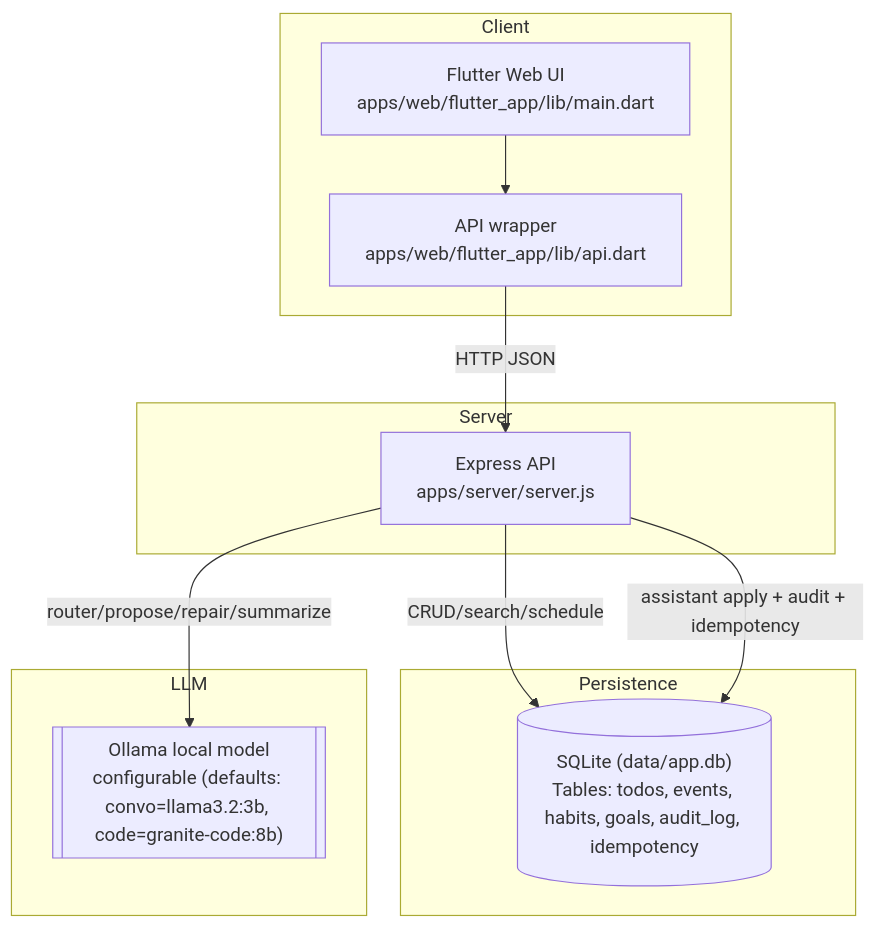
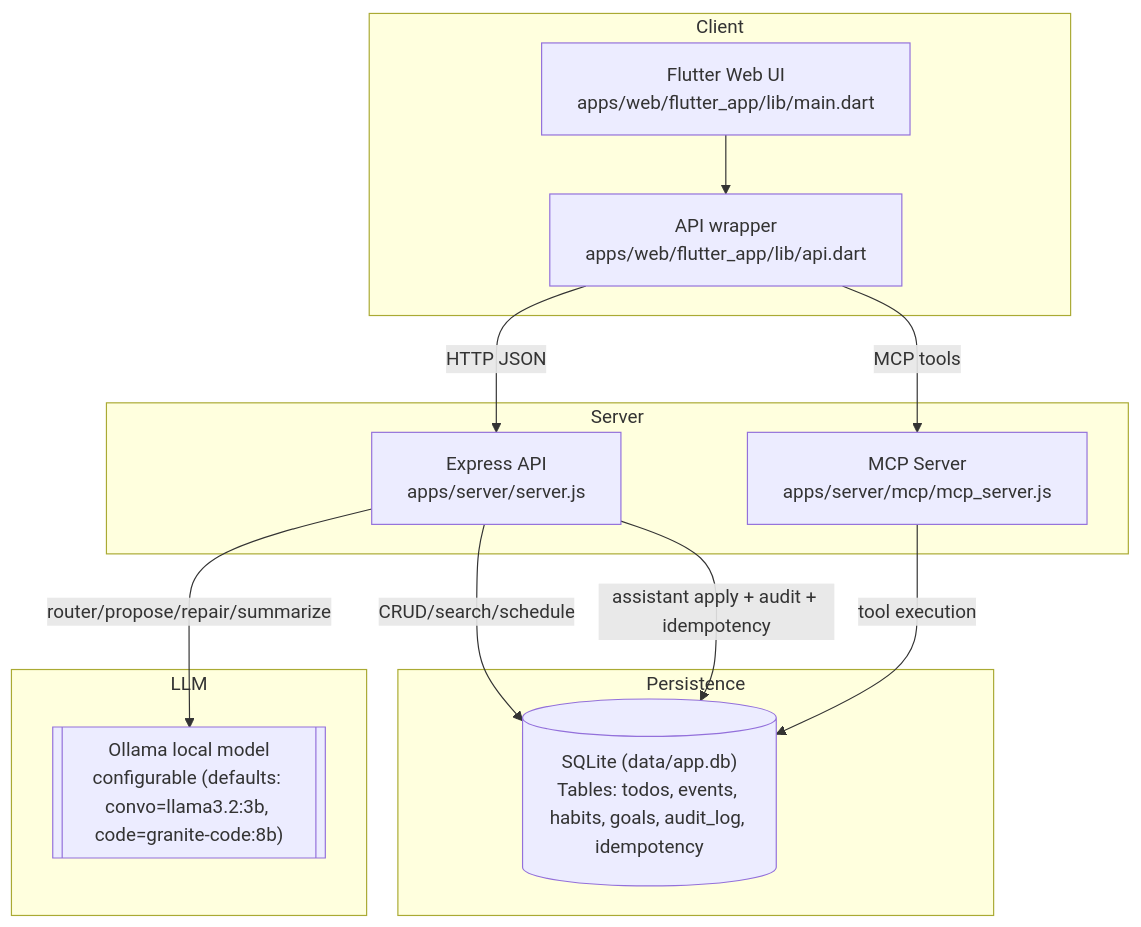
One commit to dantheman454/habit_app changed the first of 2 diagrams in docs/mindmap/README.md. Above: the diagram before and after it, drawn with Mermaid. The commit also changed other lines of this file and 5 other files, not shown here.

First line of the commit message:
feat: transition to MCP tools for operation execution and enhance API documentation

````diff
--- a/docs/mindmap/README.md
+++ b/docs/mindmap/README.md
@@ -7,22 +7,25 @@
 ```mermaid
 graph TD
   subgraph "Client"
     A["Flutter Web UI\napps/web/flutter_app/lib/main.dart"]
     A2["API wrapper\napps/web/flutter_app/lib/api.dart"]
   end
   subgraph "Server"
     B["Express API\napps/server/server.js"]
+    B2["MCP Server\napps/server/mcp/mcp_server.js"]
   end
   subgraph "Persistence"
     P[("SQLite (data/app.db)\nTables: todos, events, habits, goals, audit_log, idempotency")]
   end
   subgraph "LLM"
     F[["Ollama local model\nconfigurable (defaults: convo=llama3.2:3b, code=granite-code:8b)"]]
   end
 
   A --> A2
   A2 -->|"HTTP JSON"| B
+  A2 -->|"MCP tools"| B2
   B -->|"CRUD/search/schedule"| P
   B -->|"assistant apply + audit + idempotency"| P
   B -->|"router/propose/repair/summarize"| F
+  B2 -->|"tool execution"| P
 ```
````
